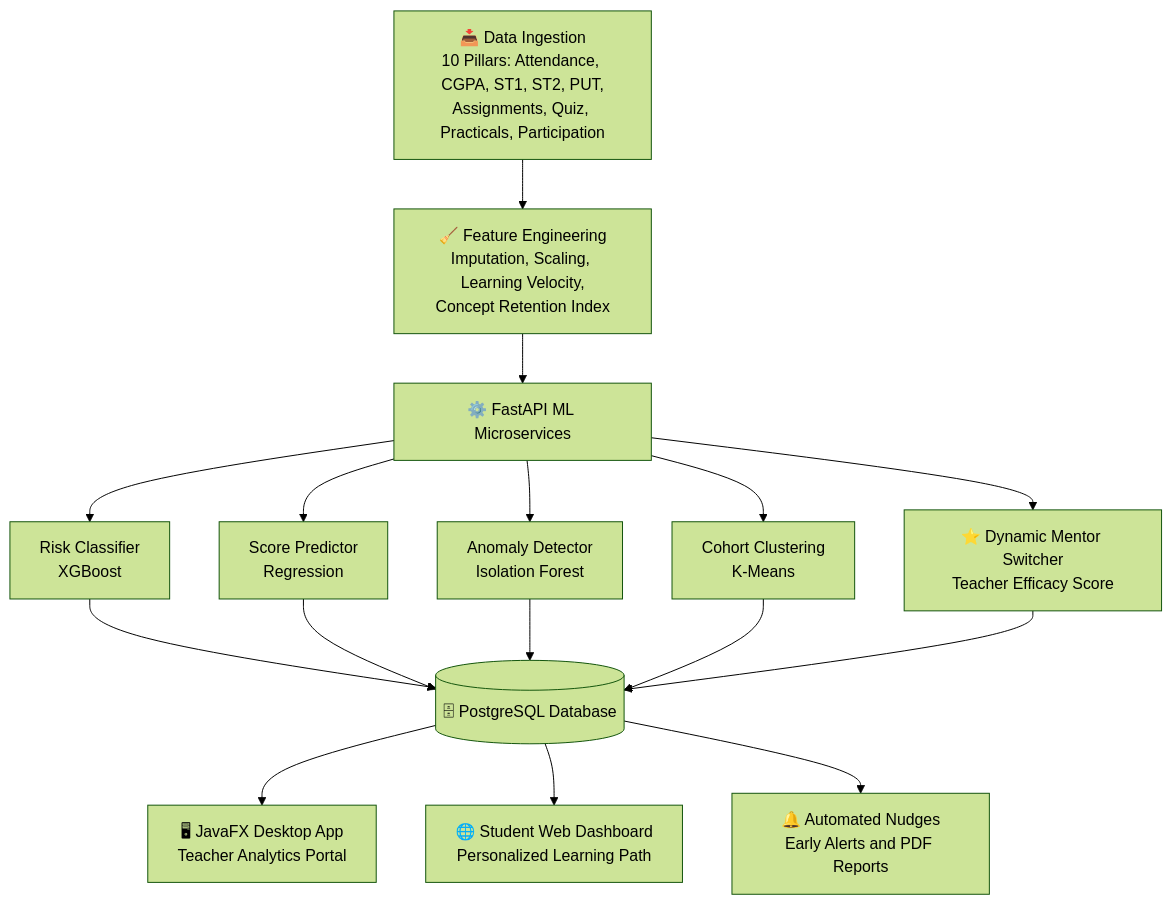
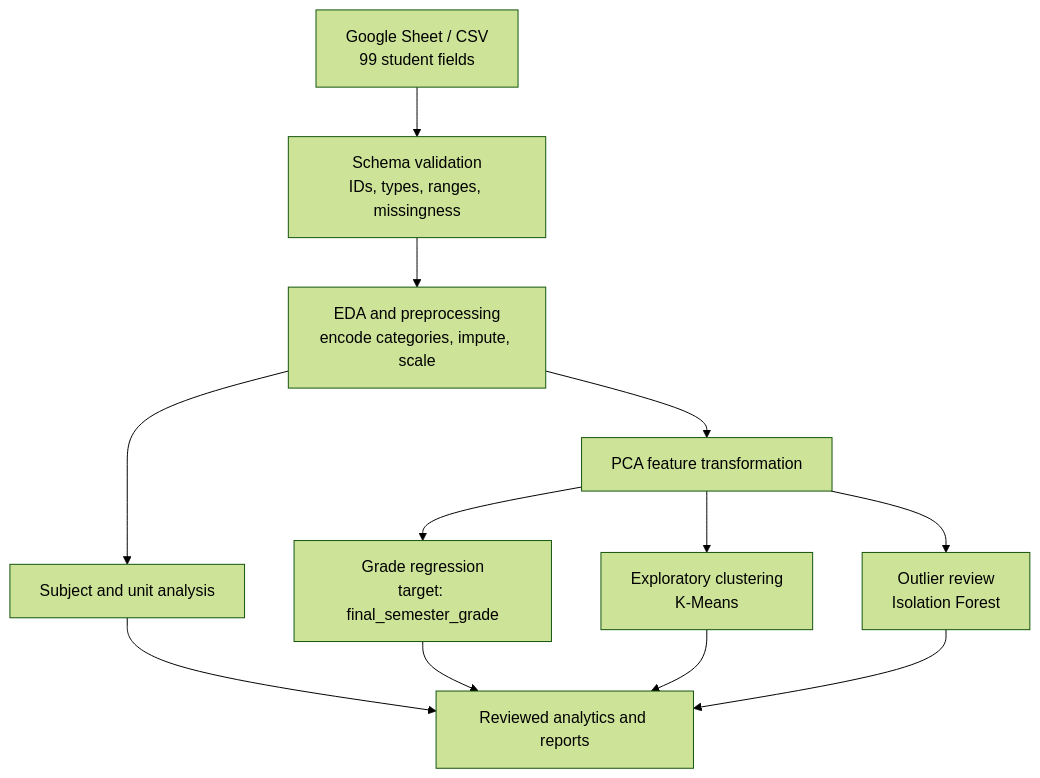
Before and after one commit to ayushdubey-dev/edu-growth: the first of 2 diagrams in README.md, drawn with Mermaid (forest theme). The commit also changed other lines of this file, not shown here.

````diff
--- a/README.md
+++ b/README.md
@@ -50,21 +46,14 @@
 ```mermaid
 flowchart TD
-    A["📥 Data Ingestion<br/>10 Pillars: Attendance, CGPA, ST1, ST2, PUT,<br/>Assignments, Quiz, Practicals, Participation"] --> B["🧹 Feature Engineering<br/>Imputation, Scaling, Learning Velocity,<br/>Concept Retention Index"]
-    B --> C["⚙️ FastAPI ML Microservices"]
-
-    C --> C1["Risk Classifier<br/>XGBoost"]
-    C --> C2["Score Predictor<br/>Regression"]
-    C --> C3["Anomaly Detector<br/>Isolation Forest"]
-    C --> C4["Cohort Clustering<br/>K-Means"]
-    C --> C5["⭐ Dynamic Mentor Switcher<br/>Teacher Efficacy Score"]
-
-    C1 --> D[("🗄 PostgreSQL Database")]
-    C2 --> D
-    C3 --> D
-    C4 --> D
-    C5 --> D
-
-    D --> E["🖥 JavaFX Desktop App<br/>Teacher Analytics Portal"]
-    D --> F["🌐 Student Web Dashboard<br/>Personalized Learning Path"]
-    D --> G["🔔 Automated Nudges<br/>Early Alerts and PDF Reports"]
+    A["Google Sheet / CSV<br/>99 student fields"] --> B["Schema validation<br/>IDs, types, ranges, missingness"]
+    B --> C["EDA and preprocessing<br/>encode categories, impute, scale"]
+    C --> D["Subject and unit analysis"]
+    C --> E["PCA feature transformation"]
+    E --> F["Grade regression<br/>target: final_semester_grade"]
+    E --> G["Exploratory clustering<br/>K-Means"]
+    E --> H["Outlier review<br/>Isolation Forest"]
+    D --> I["Reviewed analytics and reports"]
+    F --> I
+    G --> I
+    H --> I
 ```
````
